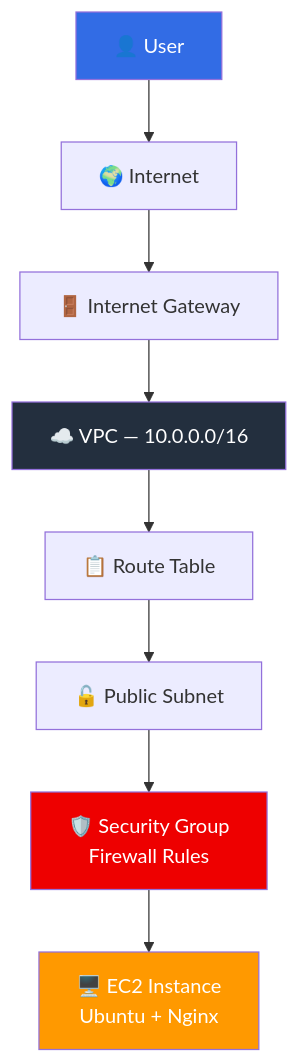
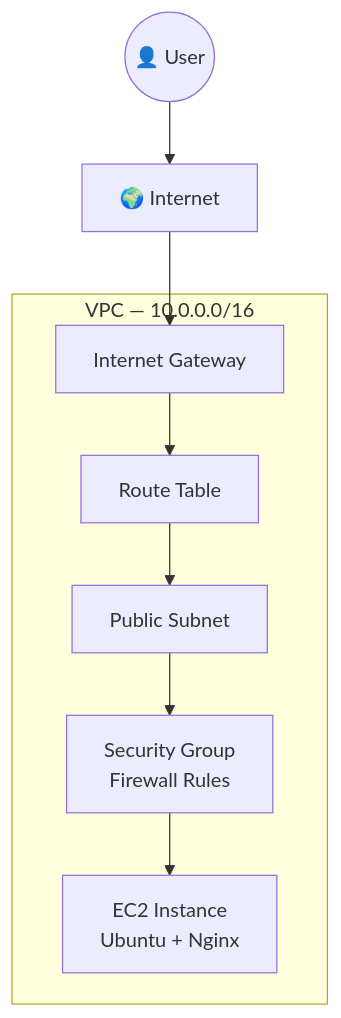
Before and after one commit to nkydigitech/devops-rescue-lab: the second of 2 diagrams in README.md, drawn with Mermaid. The commit also changed other lines of this file, not shown here.

````diff
--- a/README.md
+++ b/README.md
@@ -56,15 +47,12 @@
 ```mermaid
 flowchart TD
-    U[👤 User] --> I[🌍 Internet]
-    I --> IGW[🚪 Internet Gateway]
-    IGW --> VPC[☁️ VPC — 10.0.0.0/16]
-    VPC --> RT[📋 Route Table]
-    RT --> SUB[🔓 Public Subnet]
-    SUB --> SG[🛡️ Security Group<br/>Firewall Rules]
-    SG --> EC2[🖥️ EC2 Instance<br/>Ubuntu + Nginx]
+    U((👤 User)) --> I[🌍 Internet]
+    I --> IGW[Internet Gateway]
 
-    style U fill:#326CE5,color:#fff
-    style EC2 fill:#FF9900,color:#fff
-    style SG fill:#EE0000,color:#fff
-    style VPC fill:#232F3E,color:#fff
+    subgraph VPC["VPC — 10.0.0.0/16"]
+        IGW --> RT[Route Table]
+        RT --> SUB[Public Subnet]
+        SUB --> SG[Security Group<br/>Firewall Rules]
+        SG --> EC2[EC2 Instance<br/>Ubuntu + Nginx]
+    end
 ```
````
